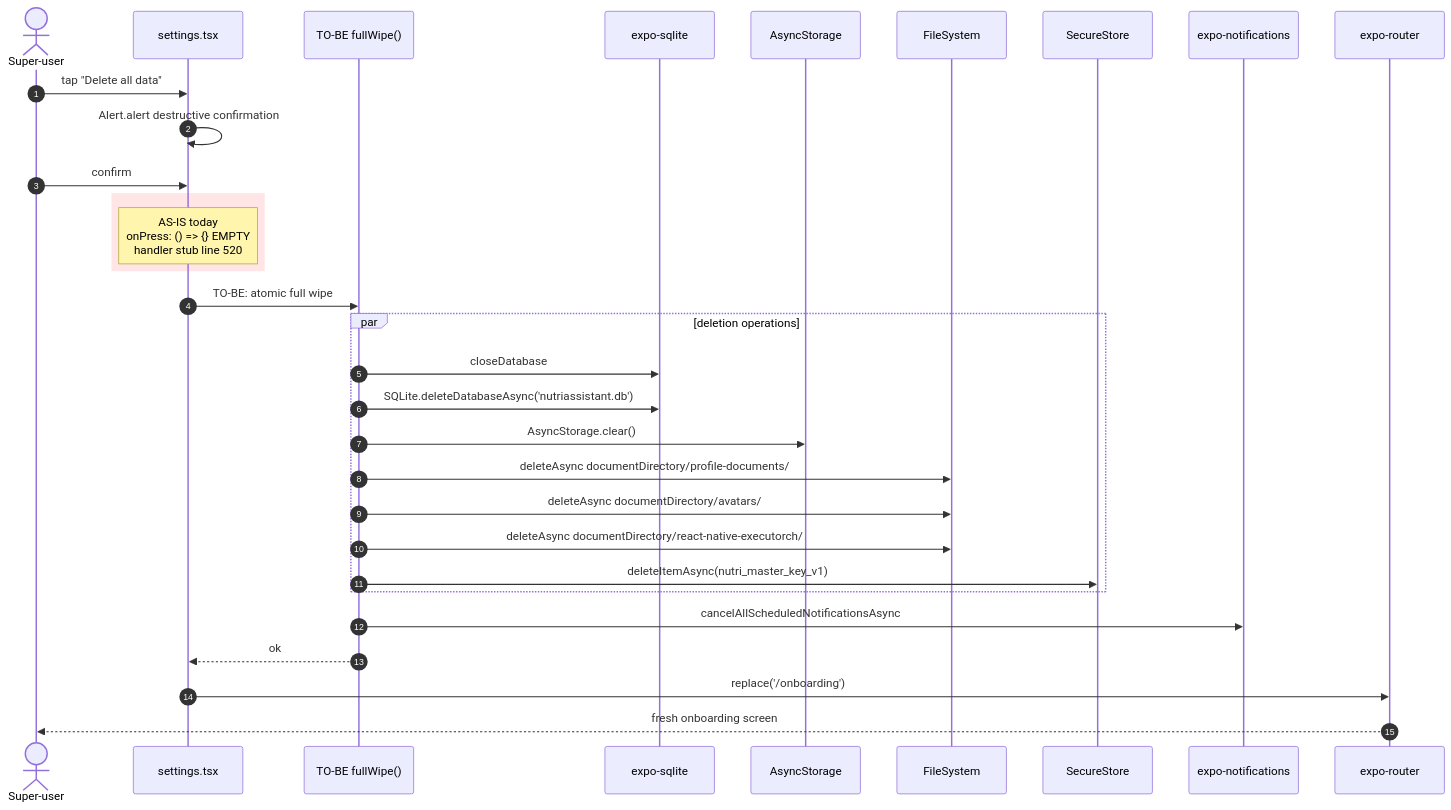
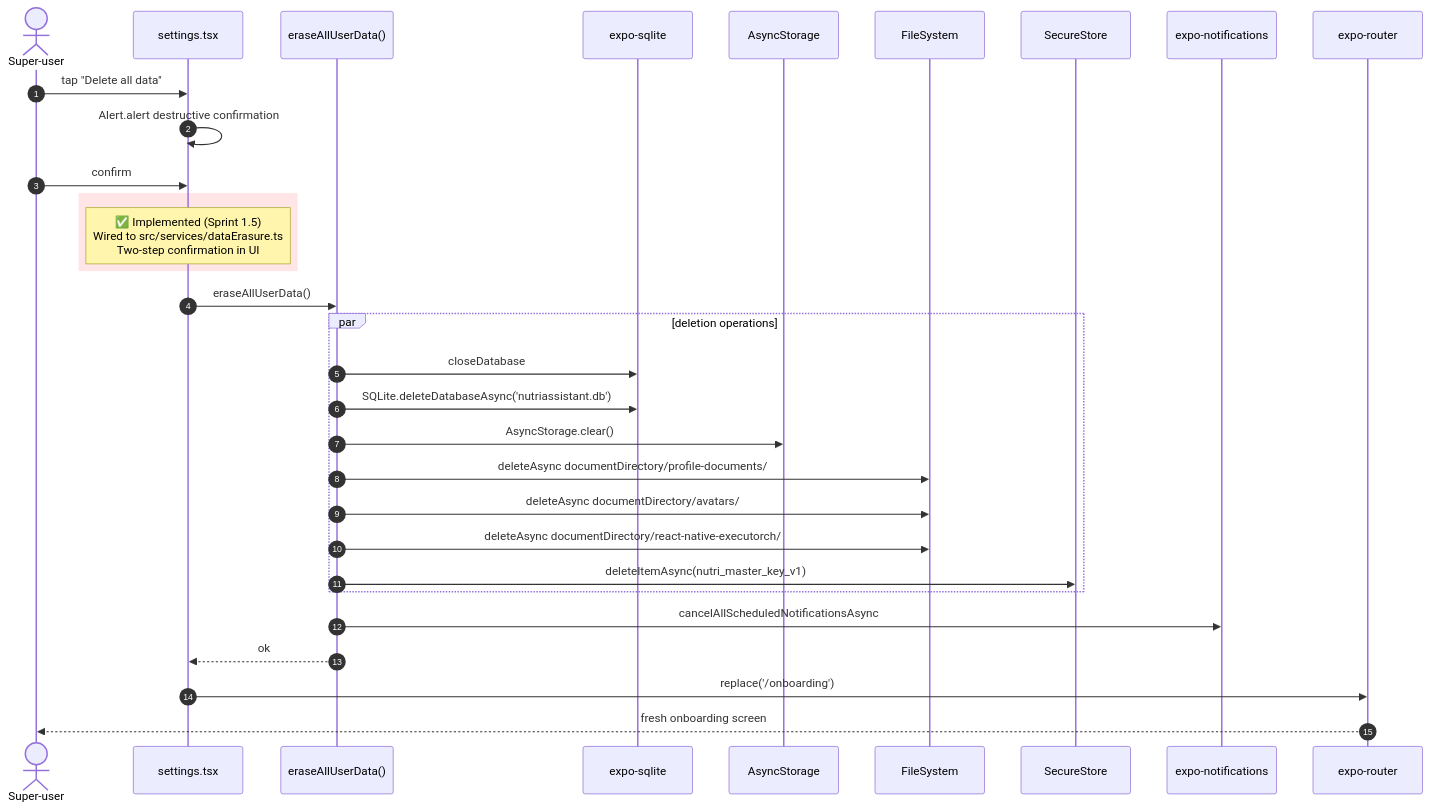
The eighth of 24 diagrams in docs/data-architecture/11-diagrams.md (antonionc/nutrIAssistant), drawn with Mermaid before and after one commit. The commit also changed other lines of this file and 12 other files, not shown here.

````diff
--- a/docs/data-architecture/11-diagrams.md
+++ b/docs/data-architecture/11-diagrams.md
@@ -510,36 +510,36 @@
 ```mermaid
 sequenceDiagram
     autonumber
     actor U as Super-user
     participant Set as settings.tsx
-    participant Wipe as TO-BE fullWipe()
+    participant Wipe as eraseAllUserData()
     participant DB as expo-sqlite
     participant AS as AsyncStorage
     participant FS as FileSystem
     participant SS as SecureStore
     participant Notif as expo-notifications
     participant Router as expo-router
 
     U->>Set: tap "Delete all data"
     Set->>Set: Alert.alert destructive confirmation
     U->>Set: confirm
     rect rgba(255,0,0,0.1)
-        Note over Set: AS-IS today<br/>onPress: () => {} EMPTY<br/>handler stub line 520
+        Note over Set: ✅ Implemented (Sprint 1.5)<br/>Wired to src/services/dataErasure.ts<br/>Two-step confirmation in UI
     end
-    Set->>Wipe: TO-BE: atomic full wipe
+    Set->>Wipe: eraseAllUserData()
 
     par deletion operations
         Wipe->>DB: closeDatabase
         Wipe->>DB: SQLite.deleteDatabaseAsync('nutriassistant.db')
         Wipe->>AS: AsyncStorage.clear()
         Wipe->>FS: deleteAsync documentDirectory/profile-documents/
         Wipe->>FS: deleteAsync documentDirectory/avatars/
         Wipe->>FS: deleteAsync documentDirectory/react-native-executorch/
         Wipe->>SS: deleteItemAsync(nutri_master_key_v1)
     end
 
     Wipe->>Notif: cancelAllScheduledNotificationsAsync
     Wipe-->>Set: ok
     Set->>Router: replace('/onboarding')
     Router-->>U: fresh onboarding screen
 ```
````
